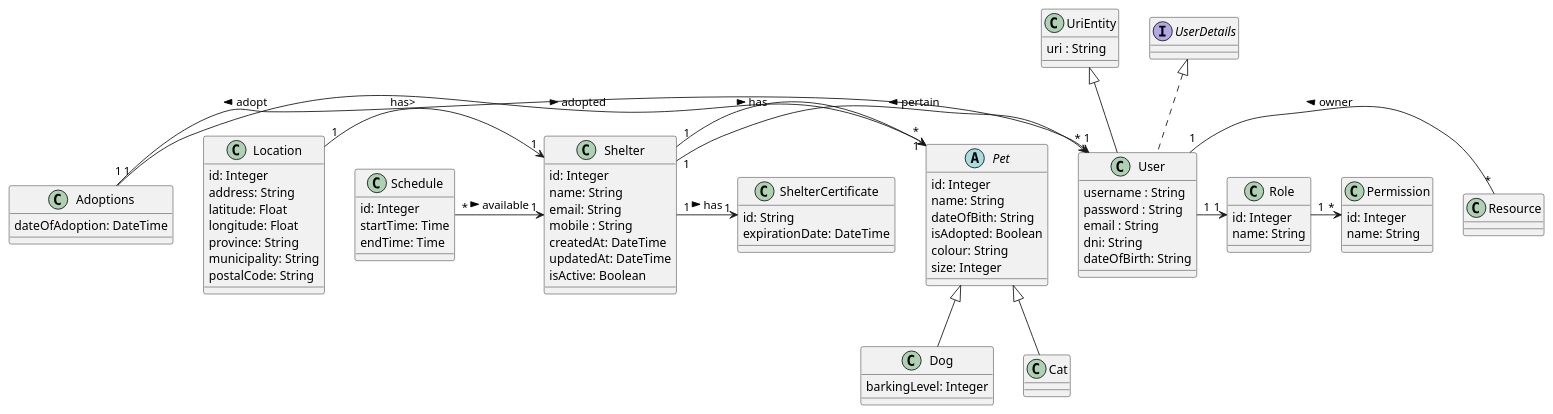
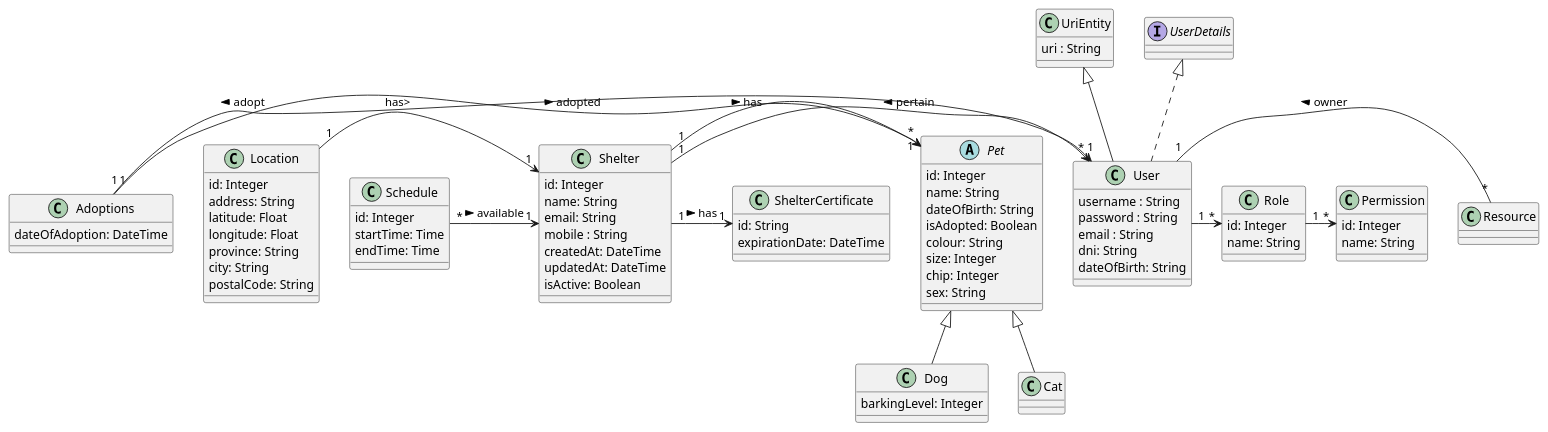
One commit to UdL-EPS-SoftArch/mypets-geiade-api changed the diagram in EntitiesModel.puml. Above: the diagram before and after it, drawn with PlantUML. The commit also changed 1 other file, not shown here.

```diff
--- a/EntitiesModel.puml
+++ b/EntitiesModel.puml
@@ -1,89 +1,91 @@
 @startuml
 class User extends UriEntity implements UserDetails {
   username : String
   password : String
   email : String
   dni: String
   dateOfBirth: String
 }
 
 
 class UriEntity {
   uri : String
 }
 abstract class Pet{
   id: Integer
   name: String
-  dateOfBith: String
+  dateOfBirth: String
   isAdopted: Boolean
   colour: String
   size: Integer
+  chip: Integer
+  sex: String
 }
 class Dog extends Pet {
     barkingLevel: Integer
 }
 
 class Cat extends Pet {
 
 }
 
 class Shelter {
   id: Integer
   name: String
   email: String
   mobile : String
   createdAt: DateTime
   updatedAt: DateTime
   isActive: Boolean
 }
 
 class Location {
  id: Integer
  address: String
  latitude: Float
  longitude: Float
  province: String
- municipality: String
+ city: String
  postalCode: String
 }
 
 class ShelterCertificate {
   id: String
   expirationDate: DateTime
 }
 
 class Schedule {
     id: Integer
     startTime: Time
     endTime: Time
 }
 
 class Adoptions {
     dateOfAdoption: DateTime
 }
 
 class Role {
     id: Integer
     name: String
 }
 
 class Permission {
     id: Integer
     name: String
 }
 
 
 User "1" --right-- "*" Resource : owner <
 Location "1" -> "1" Shelter : has>
 Shelter "1" -> "*" User : < pertain
 Shelter "1" -> "*" Pet : has >
 Shelter "1" -> "1" ShelterCertificate : has >
 Schedule "*" -> "1" Shelter :available >
 
 Adoptions "1" -> "1" Pet :adopted >
 Adoptions "1" -> "1" User :adopt <
 
-User "1" -> "1" Role
+User "1" -> "*" Role
 Role "1" -> "*" Permission
 
 @enduml
```
